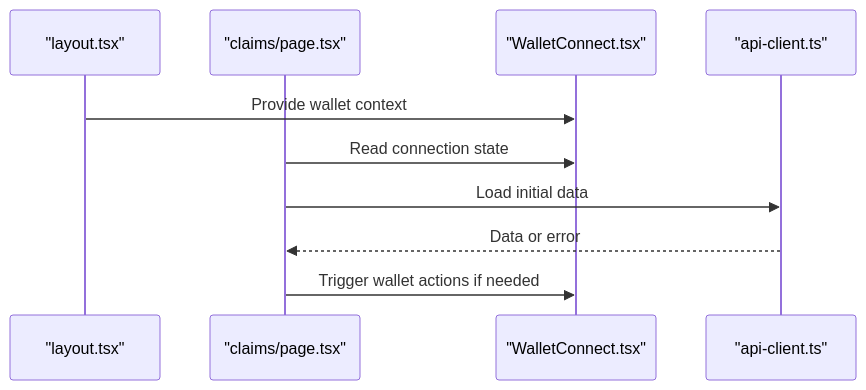
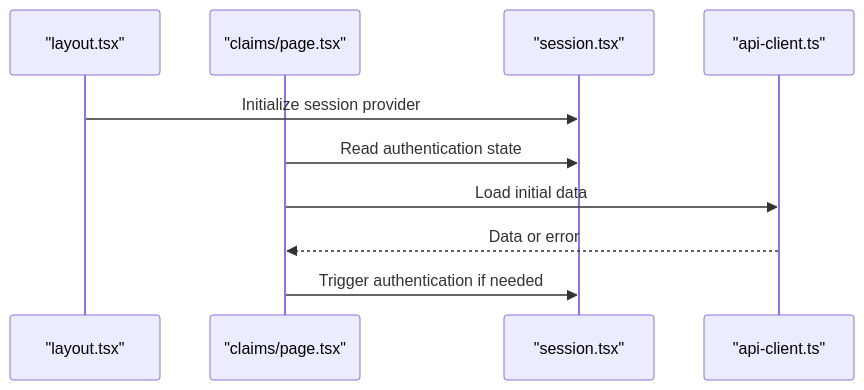
Before and after one commit to hieudepoet/Insurix: the fifth of 6 diagrams in .qoder/repowiki/en/content/Frontend Application/Wallet Connectivity & Blockchain Integration.md, drawn with Mermaid. The commit also changed other lines of this file and 63 other files, not shown here.

````diff
--- a/.qoder/repowiki/en/content/Frontend Application/Wallet Connectivity & Blockchain Integration.md
+++ b/.qoder/repowiki/en/content/Frontend Application/Wallet Connectivity & Blockchain Integration.md
@@ -216,12 +183,12 @@
 ```mermaid
 sequenceDiagram
 participant L as "layout.tsx"
 participant P as "claims/page.tsx"
-participant W as "WalletConnect.tsx"
+participant S as "session.tsx"
 participant A as "api-client.ts"
-L->>W : Provide wallet context
-P->>W : Read connection state
+L->>S : Initialize session provider
+P->>S : Read authentication state
 P->>A : Load initial data
 A-->>P : Data or error
-P->>W : Trigger wallet actions if needed
+P->>S : Trigger authentication if needed
 ```
````
